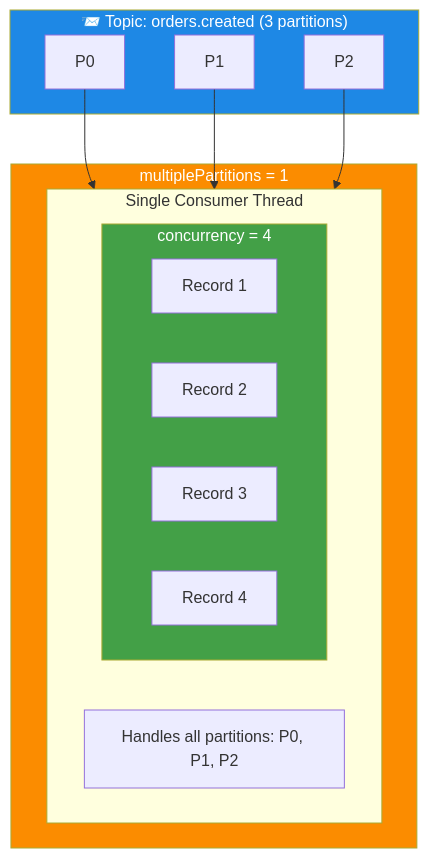
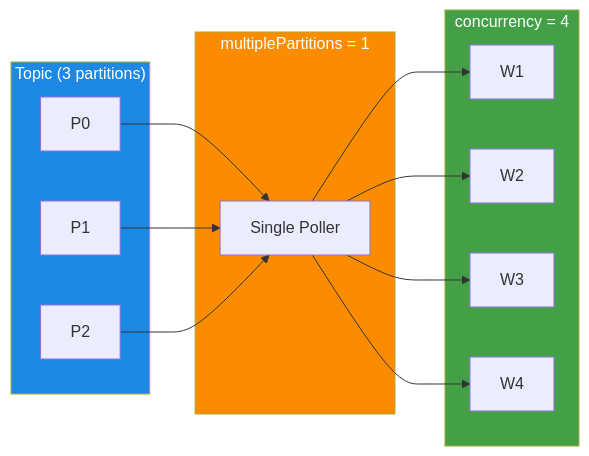
The second of 4 diagrams in README.md (osoykan/kafka-kit), drawn with Mermaid before and after one commit. The commit also changed other lines of this file, not shown here.

````diff
--- a/README.md
+++ b/README.md
@@ -157,22 +196,20 @@
 ```mermaid
-flowchart TB
-    subgraph Topic["📨 Topic: orders.created (3 partitions)"]
-        P0[P0] & P1[P1] & P2[P2]
+flowchart LR
+    subgraph Topic["Topic (3 partitions)"]
+        P0["P0"] & P1["P1"] & P2["P2"]
     end
 
-    subgraph Container["multiplePartitions = 1"]
-        subgraph C1["Single Consumer Thread"]
-            C1P["Handles all partitions: P0, P1, P2"]
-            subgraph C1Flow["concurrency = 4"]
-                direction LR
-                C1R1["Record 1"] & C1R2["Record 2"] & C1R3["Record 3"] & C1R4["Record 4"]
-            end
-        end
+    subgraph Polling["multiplePartitions = 1"]
+        PT1["Single Poller"]
     end
 
-    P0 & P1 & P2 --> C1
+    subgraph Processing["concurrency = 4"]
+        W1["W1"] & W2["W2"] & W3["W3"] & W4["W4"]
+    end
+
+    P0 & P1 & P2 --> PT1 --> W1 & W2 & W3 & W4
 
     style Topic fill:#1e88e5,color:#fff
-    style Container fill:#fb8c00,color:#fff
-    style C1Flow fill:#43a047,color:#fff
+    style Polling fill:#fb8c00,color:#fff
+    style Processing fill:#43a047,color:#fff
 ```
````
